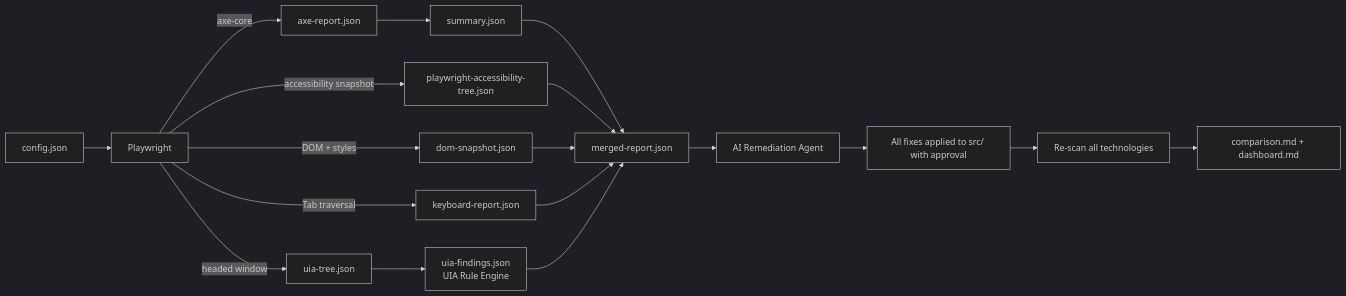
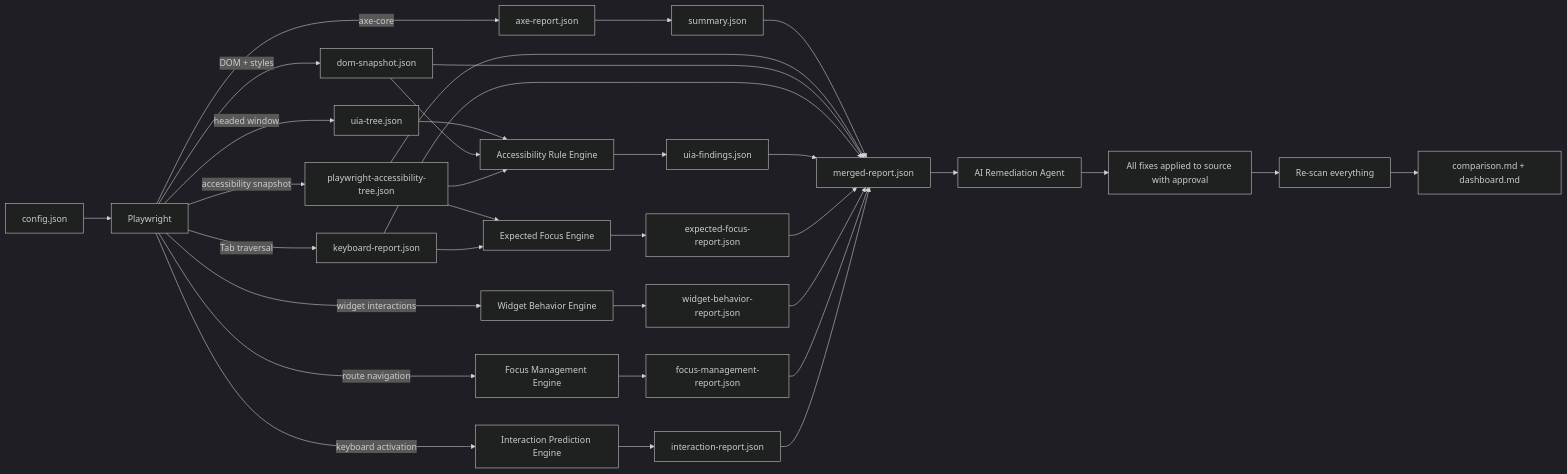
The first of 2 diagrams in ADA Harness/README.md (vivek1952p/GiftApp), drawn with Mermaid (dark theme) before and after one commit. The commit also changed other lines of this file and 60 other files, not shown here.

````diff
--- a/ADA Harness/README.md
+++ b/ADA Harness/README.md
@@ -49,20 +60,36 @@
 ```mermaid
 flowchart LR
     C[config.json] --> P[Playwright]
     P -->|axe-core| AX[axe-report.json]
     P -->|accessibility snapshot| A11Y[playwright-accessibility-tree.json]
     P -->|DOM + styles| DOMR[dom-snapshot.json]
     P -->|Tab traversal| KB[keyboard-report.json]
     P -->|headed window| UIA[uia-tree.json]
-    UIA --> RE[uia-findings.json<br/>UIA Rule Engine]
     AX --> S[summary.json]
+    UIA --> RE[Accessibility Rule Engine]
+    DOMR --> RE
+    A11Y --> RE
+    RE --> RF[uia-findings.json]
+    A11Y --> EFE[Expected Focus Engine]
+    KB --> EFE
+    EFE --> EFR[expected-focus-report.json]
+    P -->|widget interactions| WBE[Widget Behavior Engine]
+    WBE --> WBR[widget-behavior-report.json]
+    P -->|route navigation| FME[Focus Management Engine]
+    FME --> FMR[focus-management-report.json]
+    P -->|keyboard activation| IPE[Interaction Prediction Engine]
+    IPE --> IPR[interaction-report.json]
     S --> M[merged-report.json]
     A11Y --> M
     DOMR --> M
     KB --> M
-    RE --> M
+    RF --> M
+    EFR --> M
+    WBR --> M
+    FMR --> M
+    IPR --> M
     M --> AGENT[AI Remediation Agent]
-    AGENT --> FIX[All fixes applied to src/ with approval]
-    FIX --> RESCAN[Re-scan all technologies]
+    AGENT --> FIX[All fixes applied to source with approval]
+    FIX --> RESCAN[Re-scan everything]
     RESCAN --> CMP[comparison.md + dashboard.md]
 ```
````
